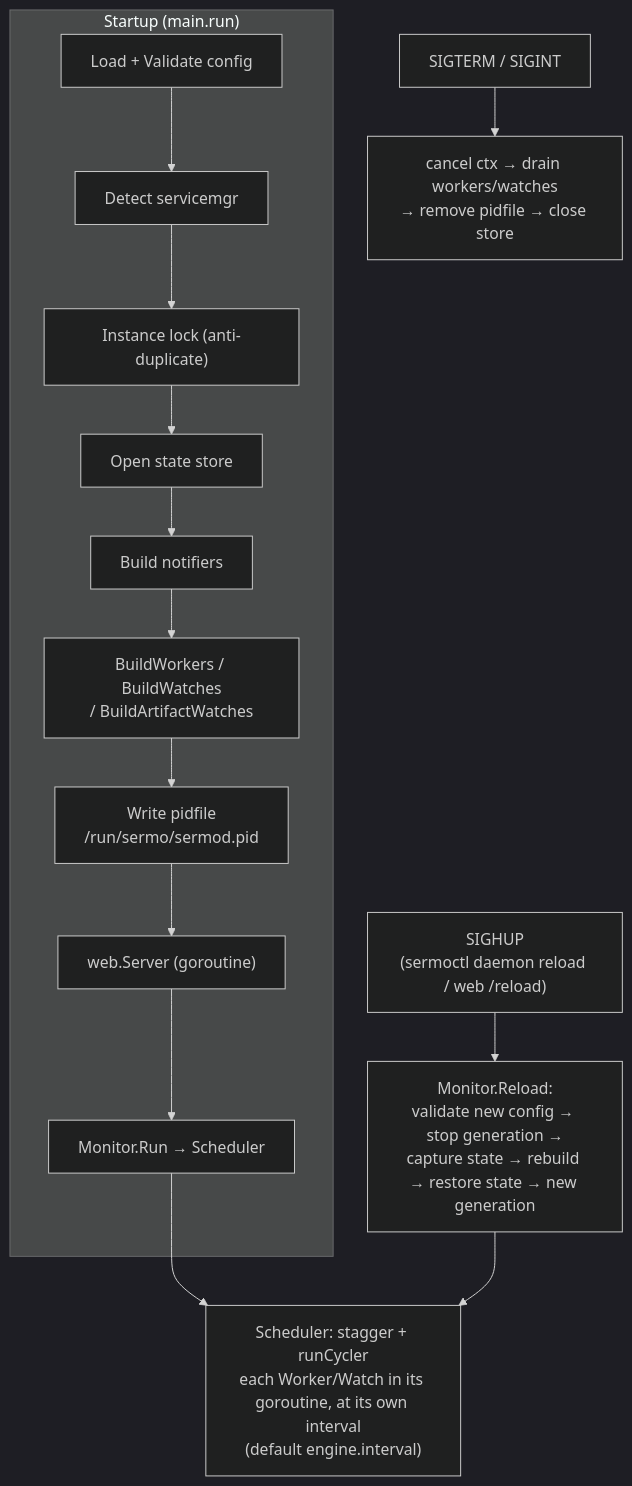
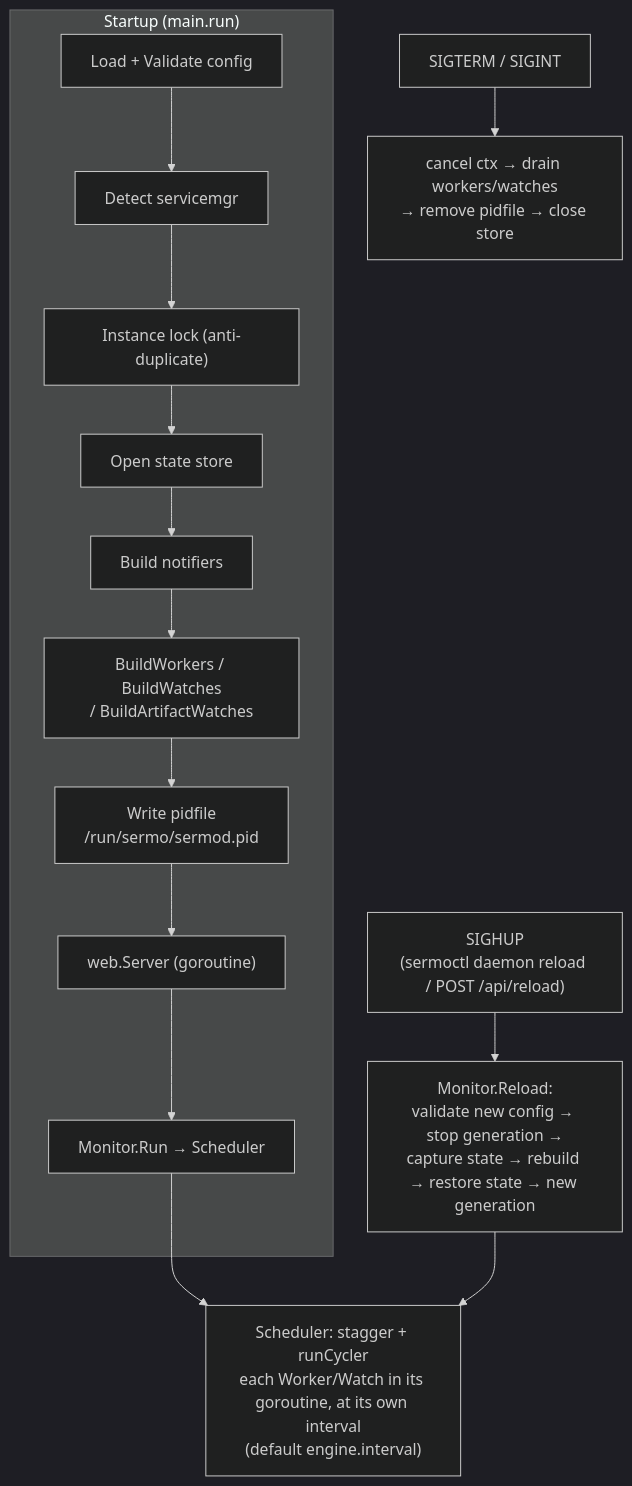
Before and after one commit to inode64/Sermo: the fifth of 6 diagrams in docs/architecture.md, drawn with Mermaid (dark theme). The commit also changed other lines of this file and 9 other files, not shown here.

````diff
--- a/docs/architecture.md
+++ b/docs/architecture.md
@@ -254,20 +262,20 @@
 ```mermaid
 flowchart TD
   subgraph boot["Startup (main.run)"]
     A1["Load + Validate config"] --> A2["Detect servicemgr"]
     A2 --> A3["Instance lock (anti-duplicate)"]
     A3 --> A4["Open state store"]
     A4 --> A5["Build notifiers"]
     A5 --> A6["BuildWorkers / BuildWatches<br/>/ BuildArtifactWatches"]
     A6 --> A7["Write pidfile<br/>/run/sermo/sermod.pid"]
     A7 --> A8["web.Server (goroutine)"]
     A8 --> A9["Monitor.Run → Scheduler"]
   end
 
   A9 --> LOOP["Scheduler: stagger + runCycler<br/>each Worker/Watch in its goroutine, at its own interval<br/>(default engine.interval)"]
 
-  SH["SIGHUP<br/>(sermoctl daemon reload / web /reload)"] --> RELOAD["Monitor.Reload:<br/>validate new config → stop generation →<br/>capture state → rebuild → restore state → new generation"]
+  SH["SIGHUP<br/>(sermoctl daemon reload / POST /api/reload)"] --> RELOAD["Monitor.Reload:<br/>validate new config → stop generation →<br/>capture state → rebuild → restore state → new generation"]
   RELOAD --> LOOP
 
   STERM["SIGTERM / SIGINT"] --> SHUT["cancel ctx → drain workers/watches<br/>→ remove pidfile → close store"]
 ```
````
